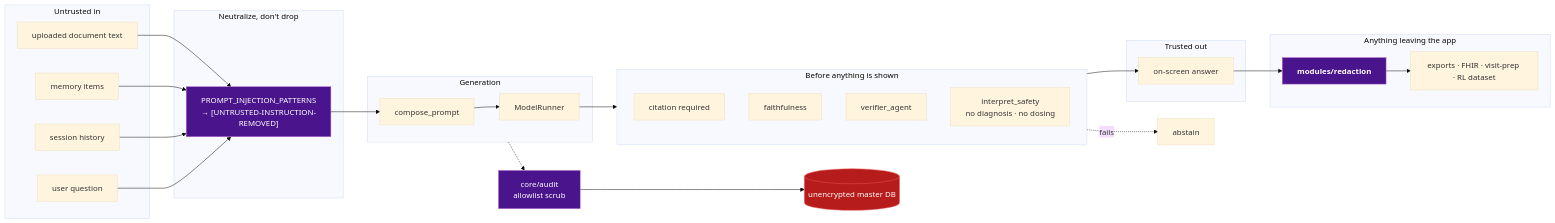
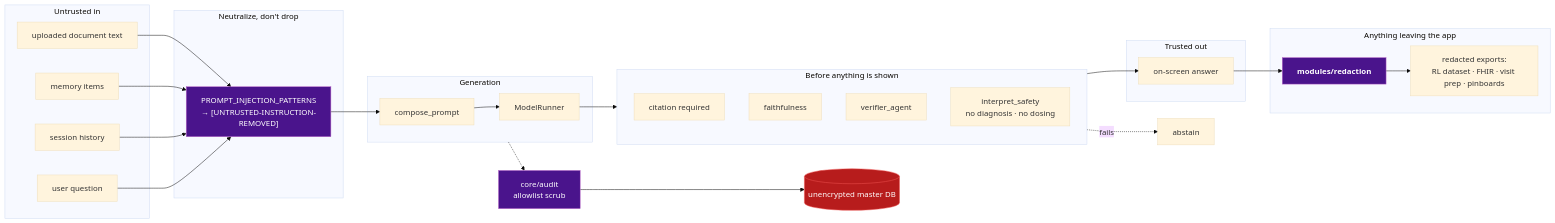
One commit to BrooklynD23/HealthCentral changed the third of 3 diagrams in docs/architecture/pipelines.md. Above: the diagram before and after it, drawn with Mermaid (base theme). The commit also changed other lines of this file, not shown here.

Commit message:
docs(architecture): pipelines match code — verification scope, agent draft, legacy checks, export redaction

````diff
--- a/docs/architecture/pipelines.md
+++ b/docs/architecture/pipelines.md
@@ -133,47 +151,47 @@
 ```mermaid
 flowchart LR
     subgraph inbound["Untrusted in"]
         DOC["uploaded document text"]
         MEM["memory items"]
         HIST["session history"]
         QUERY["user question"]
     end
 
     subgraph filters["Neutralize, don't drop"]
         INJ["PROMPT_INJECTION_PATTERNS<br/>→ [UNTRUSTED-INSTRUCTION-REMOVED]"]
     end
 
     subgraph generate["Generation"]
         PROMPT["compose_prompt"]
         LLM["ModelRunner"]
     end
 
     subgraph gates["Before anything is shown"]
         CITE["citation required"]
         FAITH["faithfulness"]
         VERIF["verifier_agent"]
         ISAFE["interpret_safety<br/>no diagnosis · no dosing"]
     end
 
     subgraph outbound["Trusted out"]
         SCREEN["on-screen answer"]
     end
 
     subgraph files["Anything leaving the app"]
         RED["<b>modules/redaction</b>"]
-        EXP["exports · FHIR · visit-prep · RL dataset"]
+        EXP["redacted exports:<br/>RL dataset · FHIR · visit prep · pinboards"]
     end
 
     AUDIT["core/audit<br/>allowlist scrub"]
     MASTER[("unencrypted master DB")]
 
     DOC & MEM & HIST & QUERY --> INJ --> PROMPT --> LLM --> gates --> SCREEN
     gates -.->|"fails"| ABST["abstain"]
     SCREEN --> RED --> EXP
     generate -.-> AUDIT --> MASTER
 
     style INJ fill:#4a148c,stroke:#ba68c8,color:#fff
     style RED fill:#4a148c,stroke:#ba68c8,color:#fff
     style AUDIT fill:#4a148c,stroke:#ba68c8,color:#fff
     style MASTER fill:#b71c1c,stroke:#ef5350,color:#fff
 ```
````
